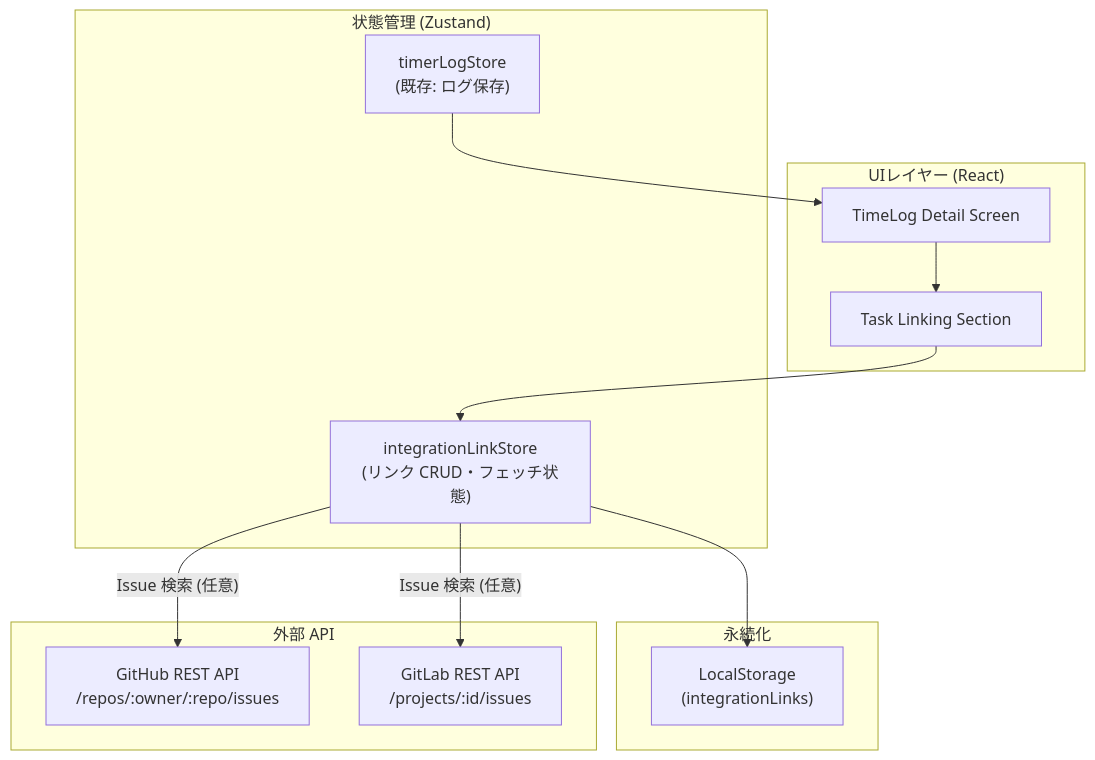
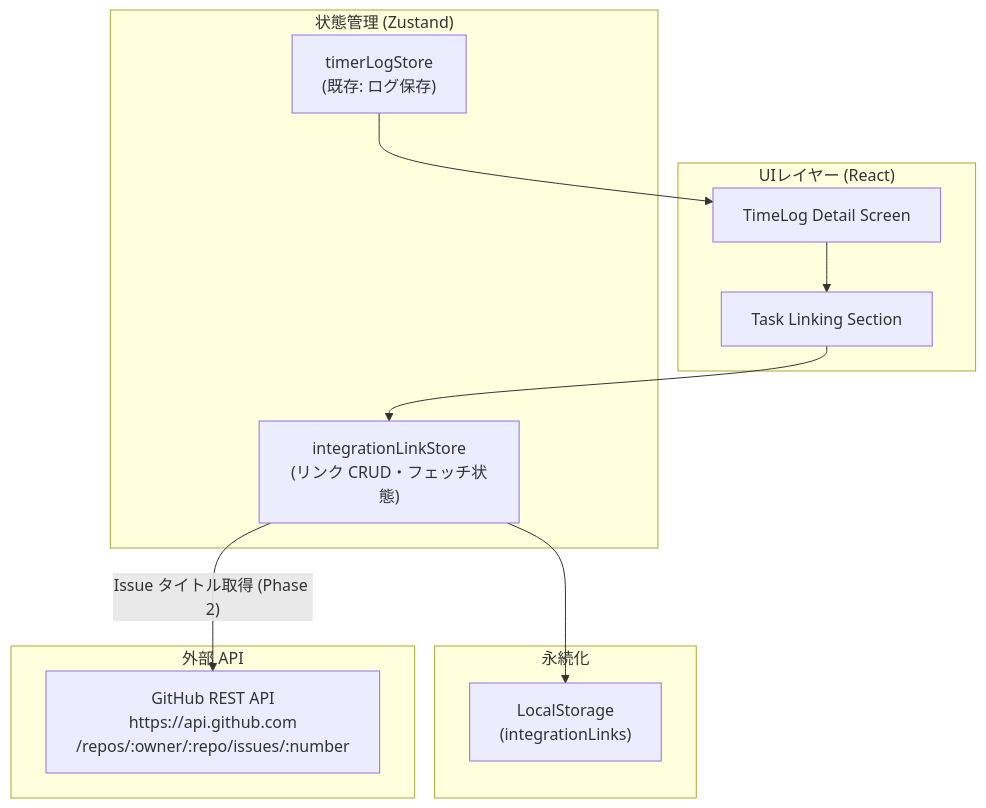
One commit to nigoh/Timer changed the first of 2 diagrams in docs/DESIGN_GITHUB_GITLAB_INTEGRATION.md. Above: the diagram before and after it, drawn with Mermaid. The commit also changed other lines of this file, not shown here.

Commit message:
docs: scope design doc to GitHub only, clarify API approach

````diff
--- a/docs/DESIGN_GITHUB_GITLAB_INTEGRATION.md
+++ b/docs/DESIGN_GITHUB_GITLAB_INTEGRATION.md
@@ -28,28 +29,26 @@
 ```mermaid
 flowchart TD
     subgraph UI["UIレイヤー (React)"]
         TLD["TimeLog Detail Screen"]
         TLS["Task Linking Section"]
     end
 
     subgraph Store["状態管理 (Zustand)"]
         ILS["integrationLinkStore\n(リンク CRUD・フェッチ状態)"]
         TLS2["timerLogStore\n(既存: ログ保存)"]
     end
 
     subgraph Persist["永続化"]
         LS["LocalStorage\n(integrationLinks)"]
     end
 
     subgraph External["外部 API"]
-        GH["GitHub REST API\n/repos/:owner/:repo/issues"]
-        GL["GitLab REST API\n/projects/:id/issues"]
+        GH["GitHub REST API\nhttps://api.github.com\n/repos/:owner/:repo/issues/:number"]
     end
 
     TLD --> TLS
     TLS --> ILS
     ILS --> LS
-    ILS -->|"Issue 検索 (任意)"| GH
-    ILS -->|"Issue 検索 (任意)"| GL
+    ILS -->|"Issue タイトル取得 (Phase 2)"| GH
     TLS2 --> TLD
 ```
````
